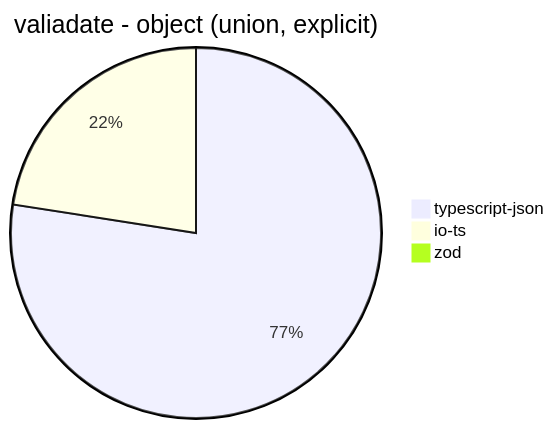
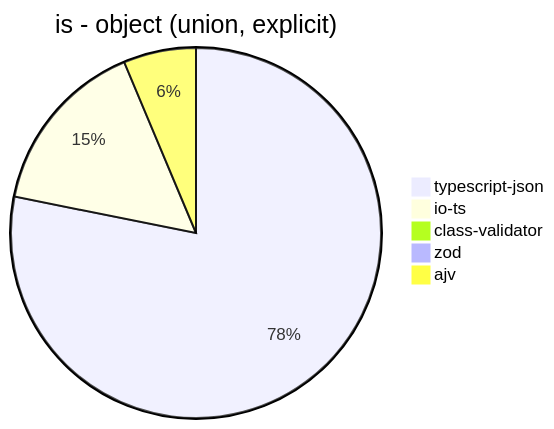
Before and after one commit to samchon/typia: the third of 40 diagrams in benchmark/results/AMD Ryzen 9 5900HX with Radeon Graphics.md, drawn with Mermaid. The commit also changed other lines of this file and 2 other files, not shown here.

````diff
--- a/benchmark/results/AMD Ryzen 9 5900HX with Radeon Graphics.md
+++ b/benchmark/results/AMD Ryzen 9 5900HX with Radeon Graphics.md
@@ -37,6 +41,8 @@
 ```mermaid
-pie title valiadate - object (union, explicit)
-  "typescript-json": 4173.024769481107
-  "io-ts": 1214.3109540636042
-  "zod": 35.97252349963847
+pie title is - object (union, explicit)
+  "typescript-json": 16533.697632058287
+  "io-ts": 3281.657018813314
+  "class-validator": 18.423932871214884
+  "zod": 36.6327474560592
+  "ajv": 1339.7250361794502
 ```
````
